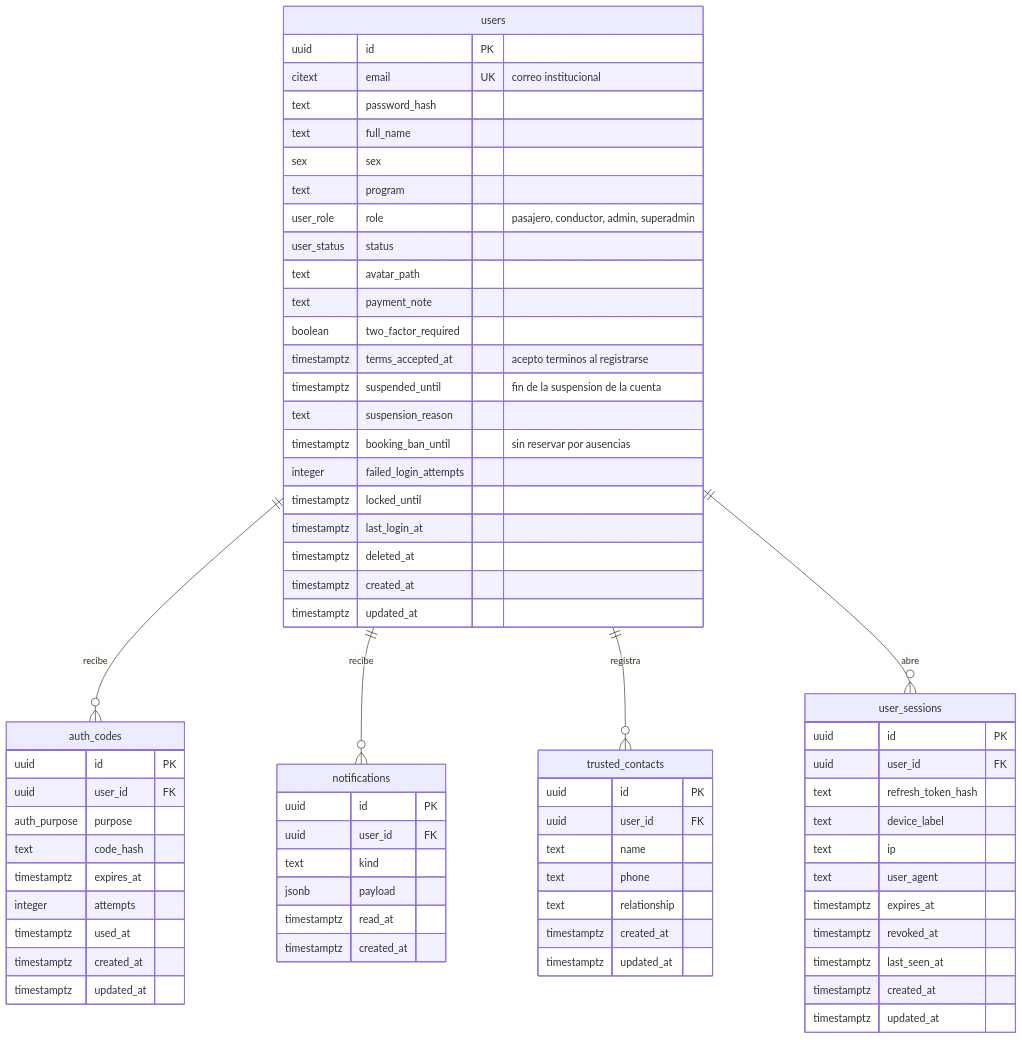
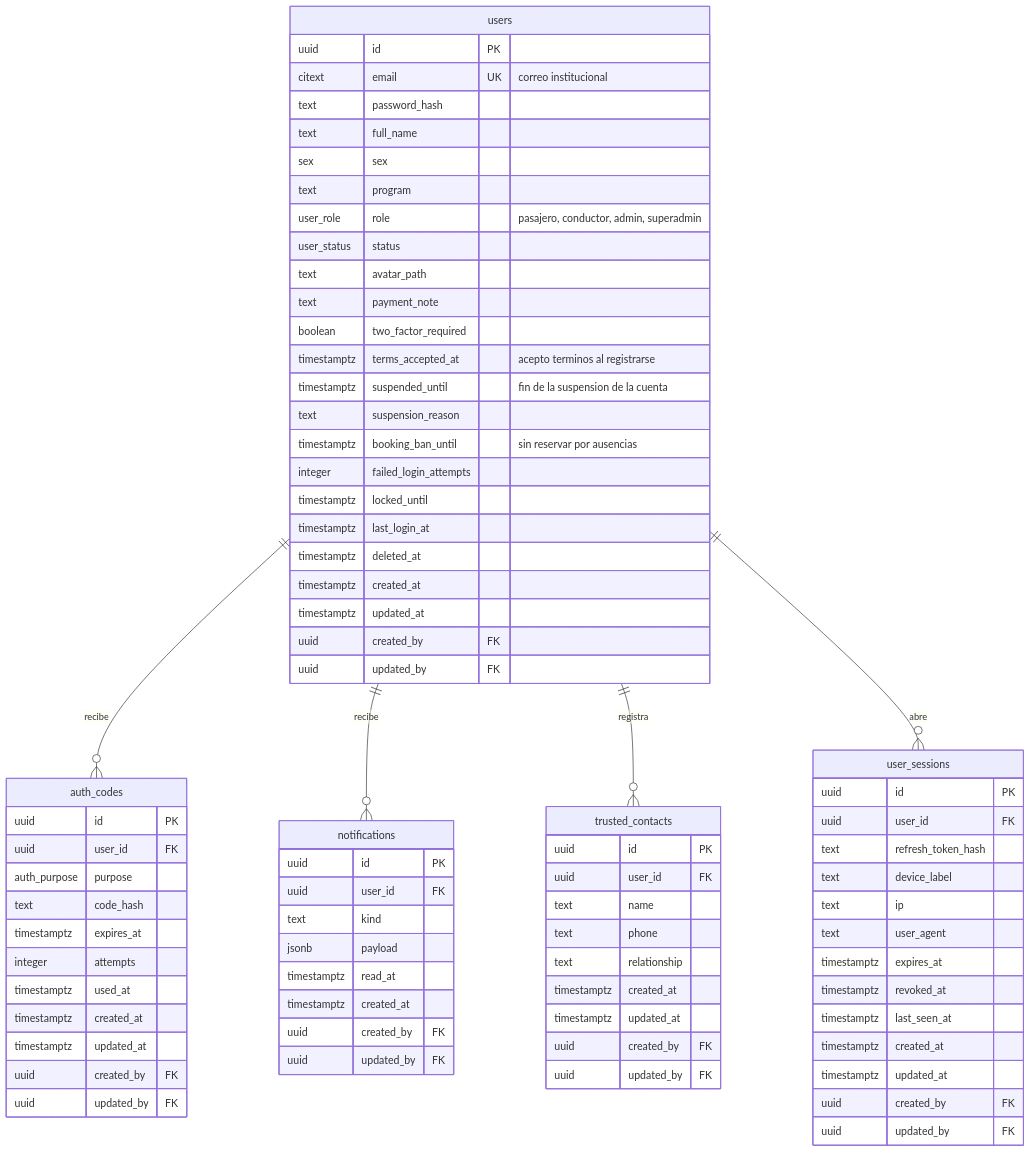
Before and after one commit to Daniel-Pinzon-Up/carpool-up: the second of 5 diagrams in docs/DIAGRAMA_ER.md, drawn with Mermaid. The commit also changed other lines of this file and 6 other files, not shown here.

Commit message:
docs: describe the authorship columns in the ER diagram and decisions

````diff
--- a/docs/DIAGRAMA_ER.md
+++ b/docs/DIAGRAMA_ER.md
@@ -305,71 +336,81 @@
 ```mermaid
 erDiagram
   users {
     uuid id PK
     citext email UK "correo institucional"
     text password_hash
     text full_name
     sex sex
     text program
     user_role role "pasajero, conductor, admin, superadmin"
     user_status status
     text avatar_path
     text payment_note
     boolean two_factor_required
     timestamptz terms_accepted_at "acepto terminos al registrarse"
     timestamptz suspended_until "fin de la suspension de la cuenta"
     text suspension_reason
     timestamptz booking_ban_until "sin reservar por ausencias"
     integer failed_login_attempts
     timestamptz locked_until
     timestamptz last_login_at
     timestamptz deleted_at
     timestamptz created_at
     timestamptz updated_at
+    uuid created_by FK
+    uuid updated_by FK
   }
   user_sessions {
     uuid id PK
     uuid user_id FK
     text refresh_token_hash
     text device_label
     text ip
     text user_agent
     timestamptz expires_at
     timestamptz revoked_at
     timestamptz last_seen_at
     timestamptz created_at
     timestamptz updated_at
+    uuid created_by FK
+    uuid updated_by FK
   }
   auth_codes {
     uuid id PK
     uuid user_id FK
     auth_purpose purpose
     text code_hash
     timestamptz expires_at
     integer attempts
     timestamptz used_at
     timestamptz created_at
     timestamptz updated_at
+    uuid created_by FK
+    uuid updated_by FK
   }
   notifications {
     uuid id PK
     uuid user_id FK
     text kind
     jsonb payload
     timestamptz read_at
     timestamptz created_at
+    uuid created_by FK
+    uuid updated_by FK
   }
   trusted_contacts {
     uuid id PK
     uuid user_id FK
     text name
     text phone
     text relationship
     timestamptz created_at
     timestamptz updated_at
+    uuid created_by FK
+    uuid updated_by FK
   }
   users ||--o{ auth_codes : "recibe"
   users ||--o{ notifications : "recibe"
   users ||--o{ trusted_contacts : "registra"
   users ||--o{ user_sessions : "abre"
 ```
````
